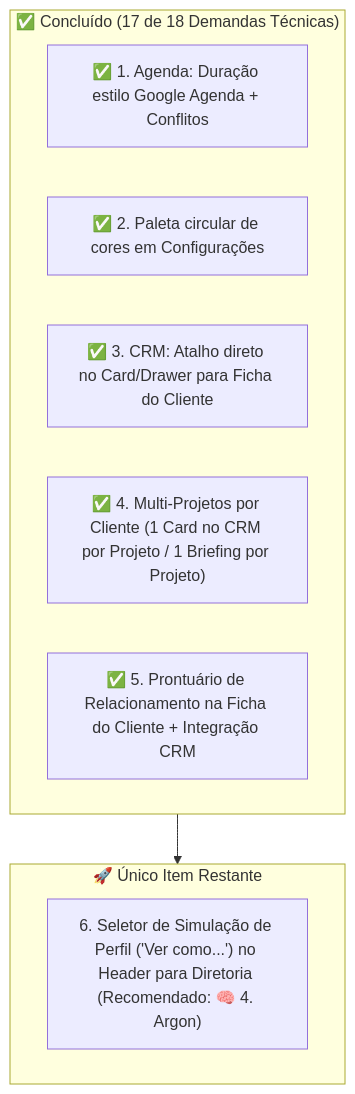
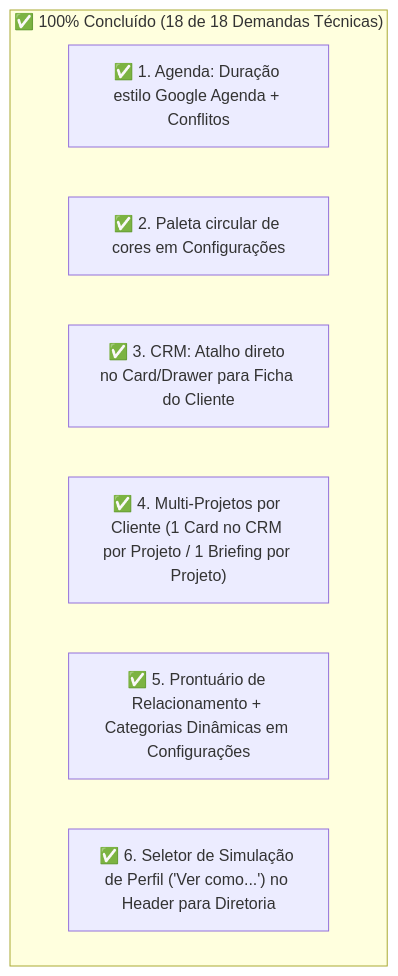
One commit to lmantovani/Plannit changed the diagram in .agents/plans/reunioes/relatorio_status_reunioes_implementacao.md. Above: the diagram before and after it, drawn with Mermaid. The commit also changed other lines of this file and 14 other files, not shown here.

Commit message:
feat(auth): seletor de simulacao de perfil (Ver como...) no header para diretoria

````diff
--- a/.agents/plans/reunioes/relatorio_status_reunioes_implementacao.md
+++ b/.agents/plans/reunioes/relatorio_status_reunioes_implementacao.md
@@ -134,16 +127,11 @@
 ```mermaid
 flowchart TD
-    subgraph Concluido["✅ Concluído (17 de 18 Demandas Técnicas)"]
+    subgraph Concluido["✅ 100% Concluído (18 de 18 Demandas Técnicas)"]
         A1["✅ 1. Agenda: Duração estilo Google Agenda + Conflitos"]
         A2["✅ 2. Paleta circular de cores em Configurações"]
         A3["✅ 3. CRM: Atalho direto no Card/Drawer para Ficha do Cliente"]
         A4["✅ 4. Multi-Projetos por Cliente (1 Card no CRM por Projeto / 1 Briefing por Projeto)"]
-        A5["✅ 5. Prontuário de Relacionamento na Ficha do Cliente + Integração CRM"]
+        A5["✅ 5. Prontuário de Relacionamento + Categorias Dinâmicas em Configurações"]
+        A6["✅ 6. Seletor de Simulação de Perfil ('Ver como...') no Header para Diretoria"]
     end
-
-    subgraph Proximos["🚀 Único Item Restante"]
-        B1["6. Seletor de Simulação de Perfil ('Ver como...') no Header para Diretoria (Recomendado: 🧠 4. Argon)"]
-    end
-
-    Concluido --> Proximos
 ```
````
